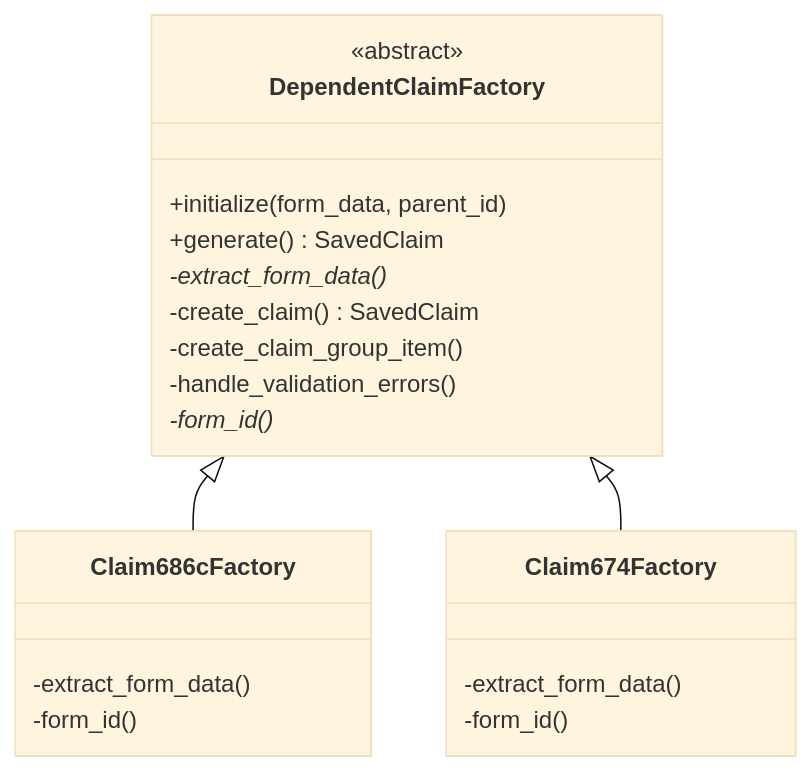
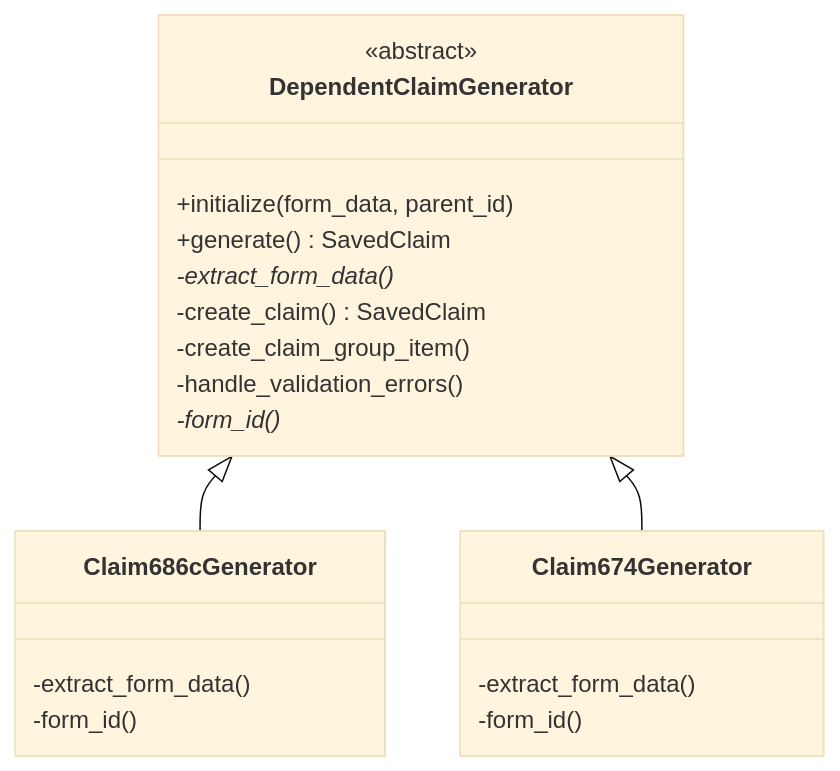
Before and after one commit to department-of-veterans-affairs/vets-api: the second of 4 diagrams in modules/dependents_benefits/documentation/class_diagrams.md, drawn with Mermaid (base theme). The commit also changed 8 other files, not shown here.

````diff
--- a/modules/dependents_benefits/documentation/class_diagrams.md
+++ b/modules/dependents_benefits/documentation/class_diagrams.md
@@ -16,26 +16,26 @@
 ```mermaid
 classDiagram
-    class DependentClaimFactory {
+    class DependentClaimGenerator {
         <<abstract>>
         +initialize(form_data, parent_id)
         +generate() SavedClaim
         -extract_form_data()*
         -create_claim() SavedClaim
         -create_claim_group_item()
         -handle_validation_errors()
         -form_id()*
     }
 
-    class Claim686cFactory {
+    class Claim686cGenerator {
         -extract_form_data()
         -form_id()
     }
 
-    class Claim674Factory {
+    class Claim674Generator {
         -extract_form_data()
         -form_id()
     }
 
-    DependentClaimFactory <|-- Claim686cFactory
-    DependentClaimFactory <|-- Claim674Factory
+    DependentClaimGenerator <|-- Claim686cGenerator
+    DependentClaimGenerator <|-- Claim674Generator
 ```
````
